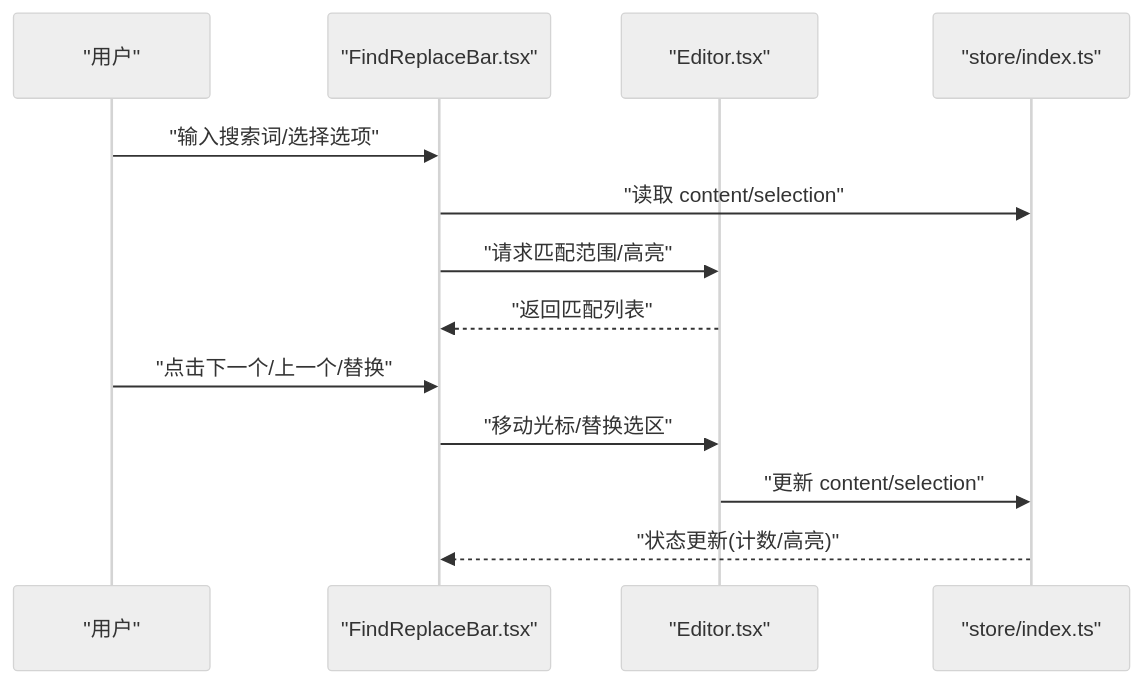
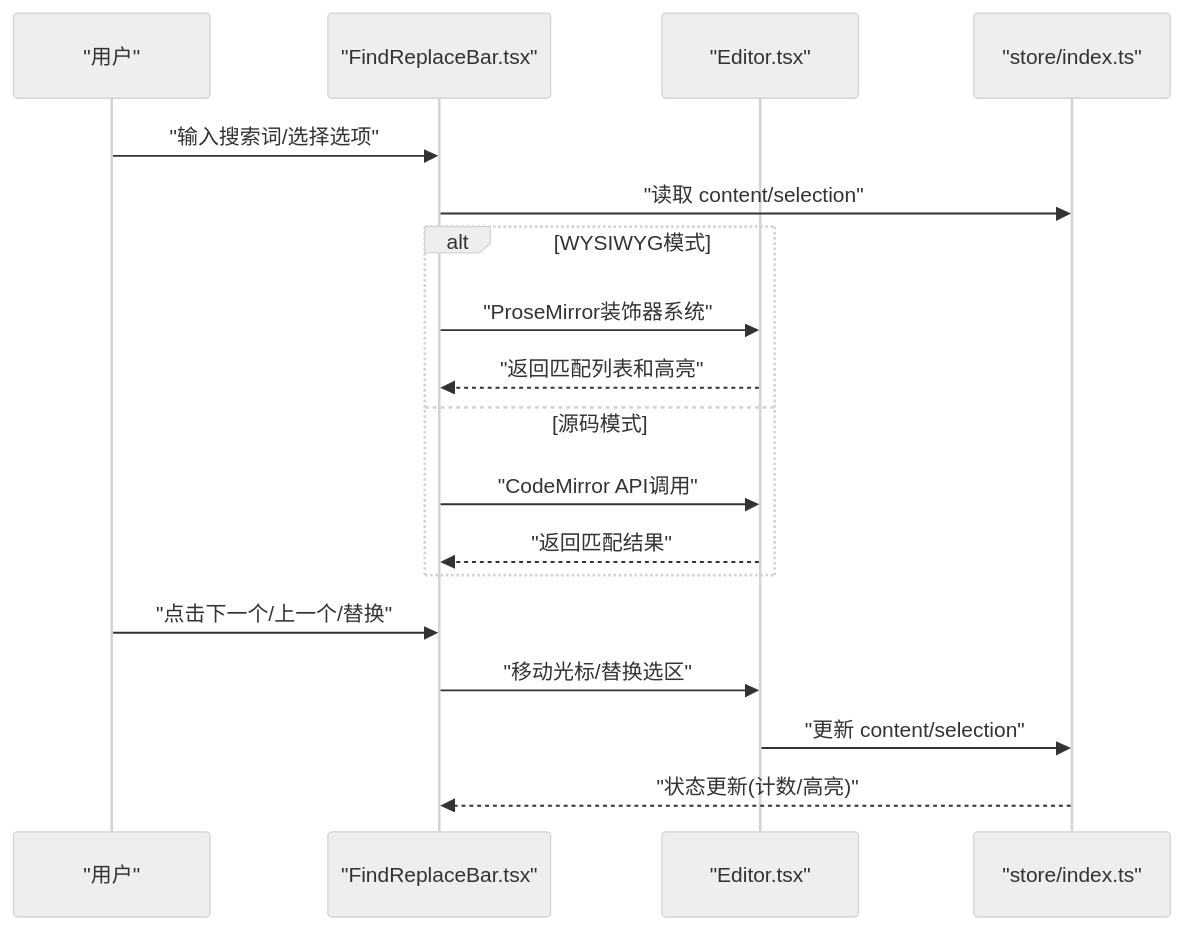
Before and after one commit to gongshiyun/ZenNote: the fourth of 8 diagrams in .qoder/repowiki/zh/content/核心组件/编辑器组件.md, drawn with Mermaid (neutral theme). The commit also changed other lines of this file and 38 other files, not shown here.

````diff
--- a/.qoder/repowiki/zh/content/核心组件/编辑器组件.md
+++ b/.qoder/repowiki/zh/content/核心组件/编辑器组件.md
@@ -237,15 +253,20 @@
 ```mermaid
 sequenceDiagram
 participant U as "用户"
 participant F as "FindReplaceBar.tsx"
 participant E as "Editor.tsx"
 participant S as "store/index.ts"
 U->>F : "输入搜索词/选择选项"
 F->>S : "读取 content/selection"
-F->>E : "请求匹配范围/高亮"
-E-->>F : "返回匹配列表"
+alt WYSIWYG模式
+F->>E : "ProseMirror装饰器系统"
+E-->>F : "返回匹配列表和高亮"
+else 源码模式
+F->>E : "CodeMirror API调用"
+E-->>F : "返回匹配结果"
+end
 U->>F : "点击下一个/上一个/替换"
 F->>E : "移动光标/替换选区"
 E->>S : "更新 content/selection"
 S-->>F : "状态更新(计数/高亮)"
 ```
````
